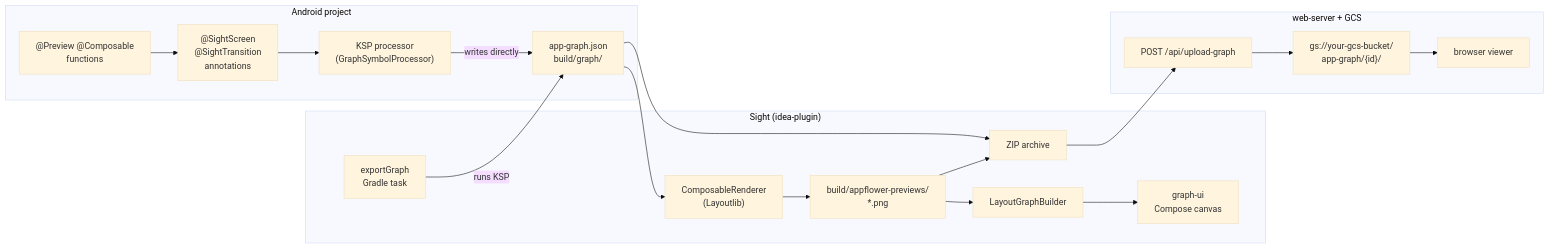
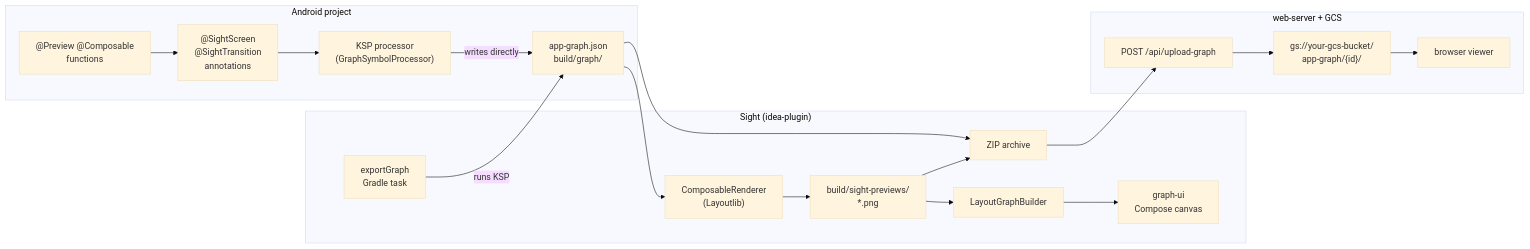
Before and after one commit to keymusicman/Sight: the diagram in README.md, drawn with Mermaid (base theme). The commit also changed 7 other files, not shown here.

````diff
--- a/README.md
+++ b/README.md
@@ -7,38 +7,38 @@
 ```mermaid
 flowchart LR
     subgraph android["Android project"]
         preview["@Preview @Composable\nfunctions"]
         annot["@SightScreen\n@SightTransition\nannotations"]
         ksp["KSP processor\n(GraphSymbolProcessor)"]
         json["app-graph.json\nbuild/graph/"]
     end
 
     subgraph sight["Sight (idea-plugin)"]
         trigger["exportGraph\nGradle task"]
         renderer["ComposableRenderer\n(Layoutlib)"]
-        pngs["build/appflower-previews/\n*.png"]
+        pngs["build/sight-previews/\n*.png"]
         layout["LayoutGraphBuilder"]
         ui["graph-ui\nCompose canvas"]
         zip["ZIP archive"]
     end
 
     subgraph web["web-server + GCS"]
         upload["POST /api/upload-graph"]
         gcs["gs://your-gcs-bucket/\napp-graph/{id}/"]
         viewer["browser viewer"]
     end
 
     preview --> annot
     annot --> ksp
     ksp -->|"writes directly"| json
     trigger -->|"runs KSP"| json
     json --> renderer
     renderer --> pngs
     pngs --> layout
     layout --> ui
     pngs --> zip
     json --> zip
     zip --> upload
     upload --> gcs
     gcs --> viewer
 ```
````
